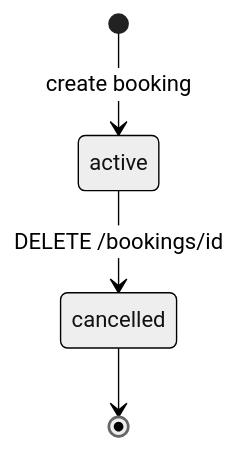
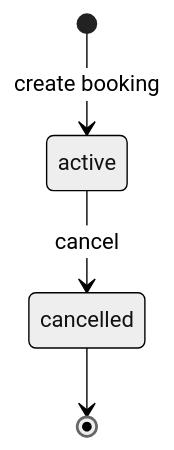
One commit to JerryChen-USTB/CodeAgent changed the fourth of 4 diagrams in benchmark/selfbuilt/cases/05_meeting_room_booking/input/design_model.md. Above: the diagram before and after it, drawn with Mermaid (neutral theme). The commit also changed other lines of this file and 67 other files, not shown here.

````diff
--- a/benchmark/selfbuilt/cases/05_meeting_room_booking/input/design_model.md
+++ b/benchmark/selfbuilt/cases/05_meeting_room_booking/input/design_model.md
@@ -70,6 +161,6 @@
 ```mermaid
 stateDiagram-v2
     [*] --> active: create booking
-    active --> cancelled: DELETE /bookings/id
+    active --> cancelled: cancel
     cancelled --> [*]
 ```
````
